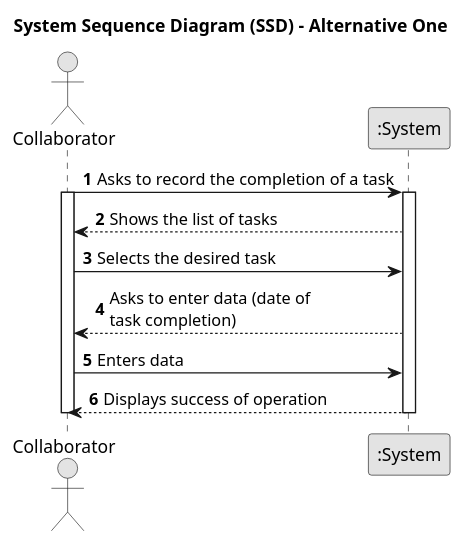
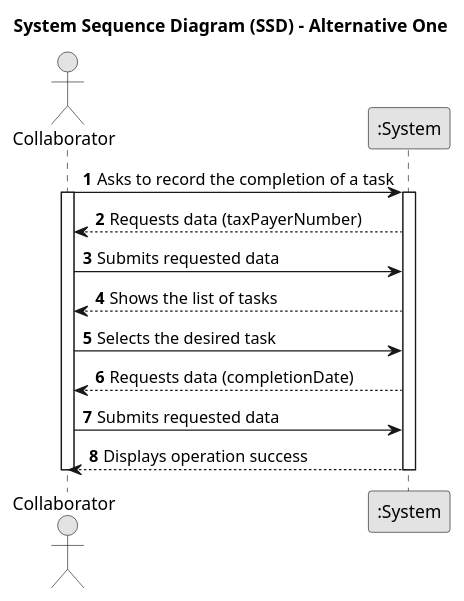
One commit to SAEmanuel/Green_Spaces_Management_ISEP changed the diagram in docs/sprintC/us029/01.requirements-engineering/puml/us029-system-sequence-diagram-alternative-one.puml. Above: the diagram before and after it, drawn with PlantUML. The commit also changed 22 other files, not shown here.

```diff
--- a/docs/sprintC/us029/01.requirements-engineering/puml/us029-system-sequence-diagram-alternative-one.puml
+++ b/docs/sprintC/us029/01.requirements-engineering/puml/us029-system-sequence-diagram-alternative-one.puml
@@ -1,27 +1,29 @@
 @startuml
 skinparam monochrome true
 skinparam packageStyle rectangle
 skinparam shadowing false
 
 title System Sequence Diagram (SSD) - Alternative One
 
 autonumber
 
-actor "Collaborator" as COLLAB
+actor "Collaborator" as COLAB
 participant ":System" as System
 
 
-        COLLAB -> System: Asks to record the completion of a task
-        activate COLLAB
+        COLAB -> System: Asks to record the completion of a task
+        activate COLAB
         activate System
 
-        System --> COLLAB : Shows the list of tasks
-        COLLAB -> System: Selects the desired task
-        System --> COLLAB: Asks to enter data (date of\ntask completion)
-        COLLAB -> System: Enters data
-        System --> COLLAB: Displays success of operation
+        System --> COLAB : Requests data (taxPayerNumber)
+        COLAB -> System: Submits requested data
+        System --> COLAB : Shows the list of tasks
+        COLAB -> System: Selects the desired task
+        System --> COLAB: Requests data (completionDate)
+        COLAB -> System: Submits requested data
+        System --> COLAB: Displays operation success
 
 
         deactivate System
-        deactivate COLLAB
+        deactivate COLAB
 @enduml
```
